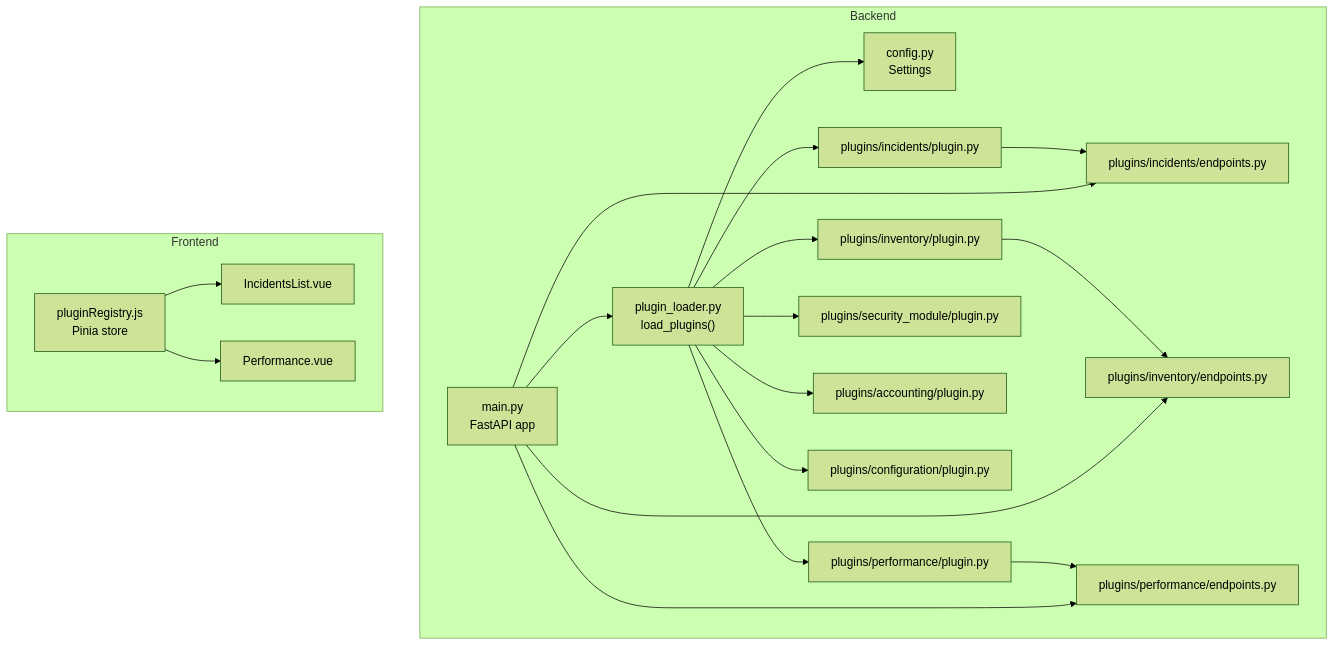
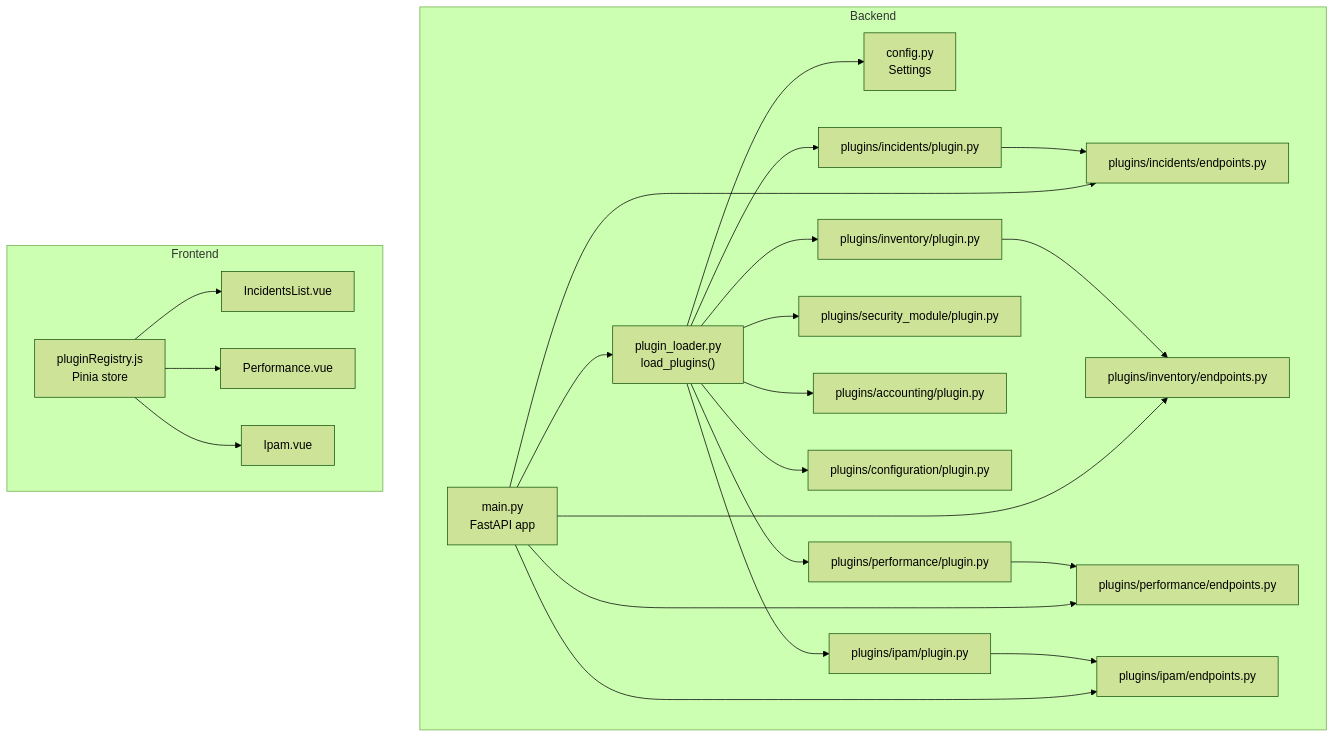
The first of 8 diagrams in .qoder/repowiki/en/content/Plugin System Architecture/Built-in Plugins Overview.md (Nikita5543/New-SSO-02), drawn with Mermaid (forest theme) before and after one commit. The commit also changed other lines of this file and 3 other files, not shown here.

````diff
--- a/.qoder/repowiki/en/content/Plugin System Architecture/Built-in Plugins Overview.md
+++ b/.qoder/repowiki/en/content/Plugin System Architecture/Built-in Plugins Overview.md
@@ -40,38 +51,45 @@
 ```mermaid
 graph TB
 subgraph "Backend"
 MAIN["main.py<br/>FastAPI app"]
 LOADER["plugin_loader.py<br/>load_plugins()"]
 CFG["config.py<br/>Settings"]
 PLUG_INC["plugins/incidents/plugin.py"]
 PLUG_INV["plugins/inventory/plugin.py"]
 PLUG_PERF["plugins/performance/plugin.py"]
 PLUG_SEC["plugins/security_module/plugin.py"]
 PLUG_ACC["plugins/accounting/plugin.py"]
 PLUG_CFG["plugins/configuration/plugin.py"]
+PLUG_IPAM["plugins/ipam/plugin.py"]
 API_INC["plugins/incidents/endpoints.py"]
 API_INV["plugins/inventory/endpoints.py"]
 API_PERF["plugins/performance/endpoints.py"]
+API_IPAM["plugins/ipam/endpoints.py"]
 end
 subgraph "Frontend"
 REG["pluginRegistry.js<br/>Pinia store"]
 VIEW_INC["IncidentsList.vue"]
 VIEW_PERF["Performance.vue"]
+VIEW_IPAM["Ipam.vue"]
 end
 MAIN --> LOADER
 LOADER --> CFG
 LOADER --> PLUG_INC
 LOADER --> PLUG_INV
 LOADER --> PLUG_PERF
 LOADER --> PLUG_SEC
 LOADER --> PLUG_ACC
 LOADER --> PLUG_CFG
+LOADER --> PLUG_IPAM
 PLUG_INC --> API_INC
 PLUG_INV --> API_INV
 PLUG_PERF --> API_PERF
+PLUG_IPAM --> API_IPAM
 MAIN --> API_INC
 MAIN --> API_INV
 MAIN --> API_PERF
+MAIN --> API_IPAM
 REG --> VIEW_INC
 REG --> VIEW_PERF
+REG --> VIEW_IPAM
 ```
````
